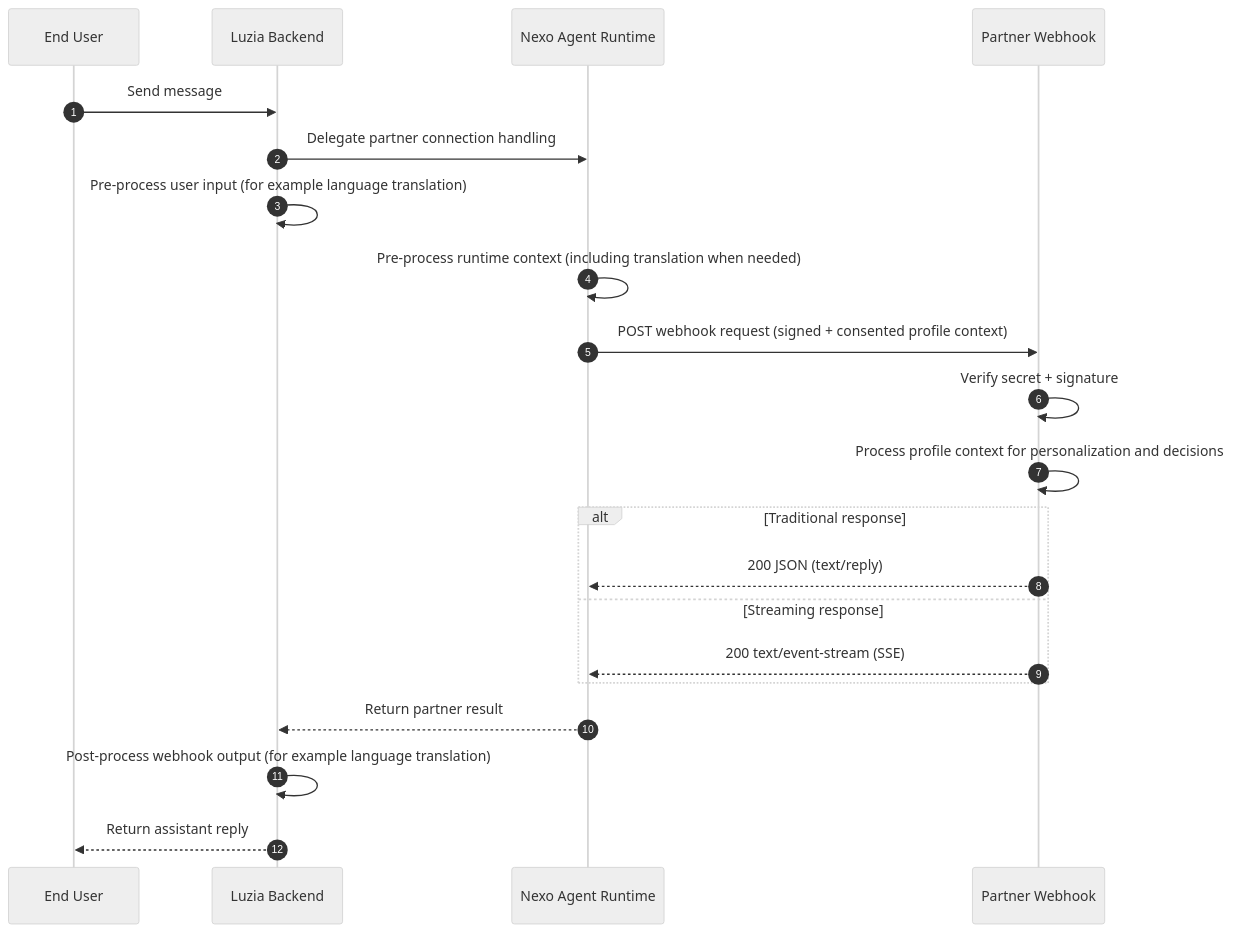
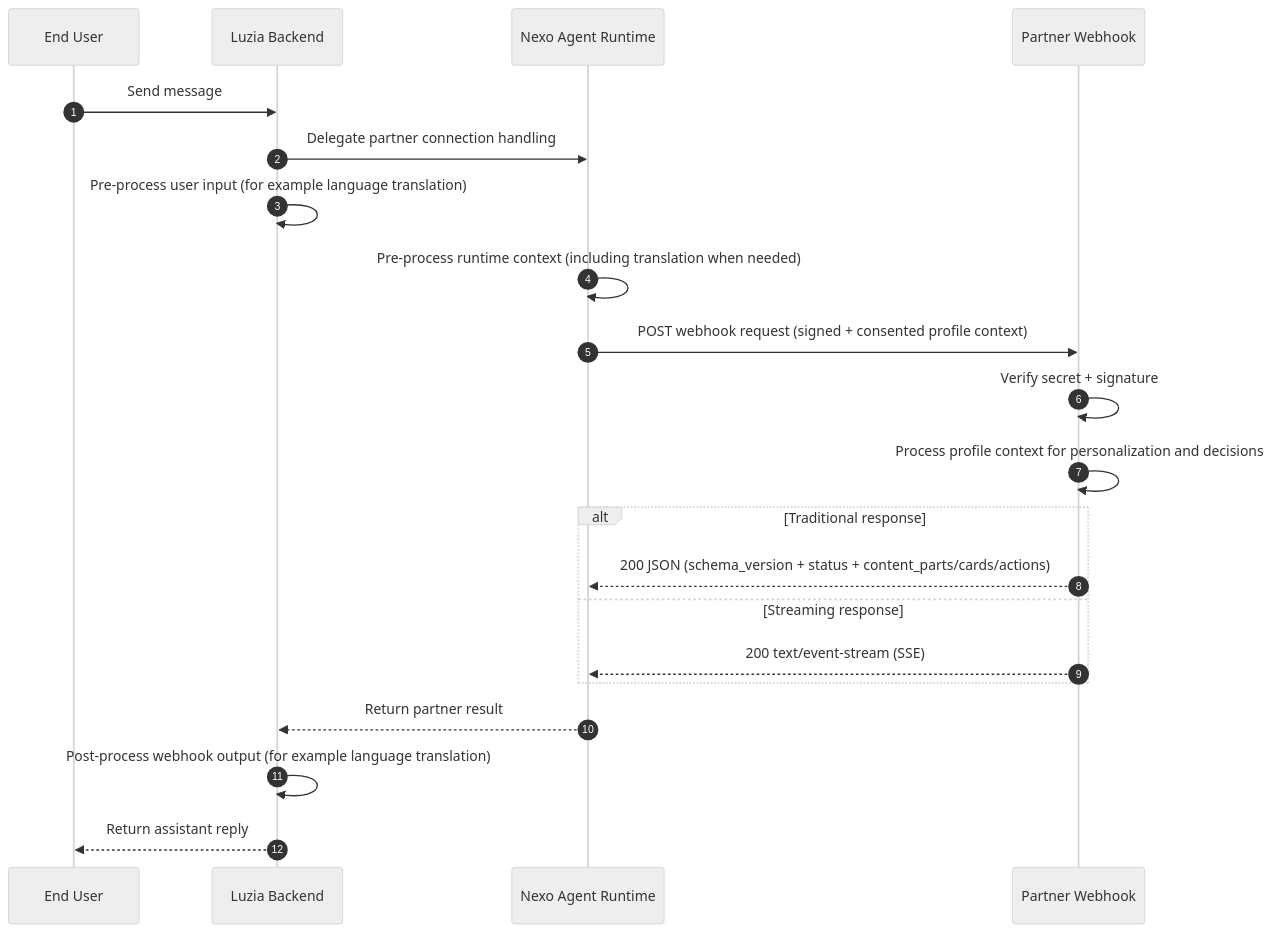
Before and after one commit to The-Wordlab/luzia-nexo-api: the diagram in README.md, drawn with Mermaid (neutral theme). The commit also changed other lines of this file and 24 other files, not shown here.

````diff
--- a/README.md
+++ b/README.md
@@ -21,24 +21,24 @@
 ```mermaid
 sequenceDiagram
     autonumber
     participant User as End User
     participant Luzia as Luzia Backend
     participant Nexo as Nexo Agent Runtime
     participant Partner as Partner Webhook
 
     User->>Luzia: Send message
     Luzia->>Nexo: Delegate partner connection handling
     Luzia->>Luzia: Pre-process user input (for example language translation)
     Nexo->>Nexo: Pre-process runtime context (including translation when needed)
     Nexo->>Partner: POST webhook request (signed + consented profile context)
     Partner->>Partner: Verify secret + signature
     Partner->>Partner: Process profile context for personalization and decisions
     alt Traditional response
-        Partner-->>Nexo: 200 JSON (text/reply)
+        Partner-->>Nexo: 200 JSON (schema_version + status + content_parts/cards/actions)
     else Streaming response
         Partner-->>Nexo: 200 text/event-stream (SSE)
     end
     Nexo-->>Luzia: Return partner result
     Luzia->>Luzia: Post-process webhook output (for example language translation)
     Luzia-->>User: Return assistant reply
 ```
````
